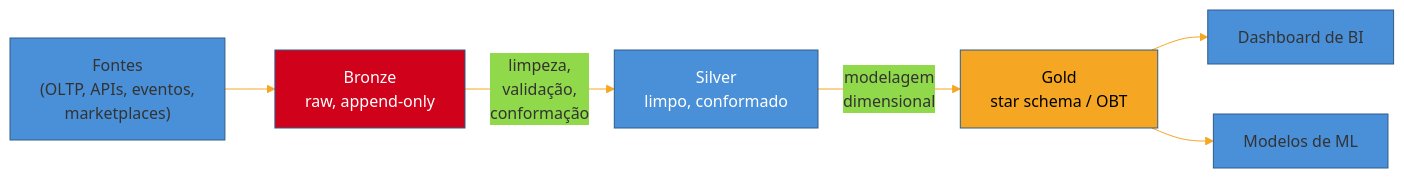
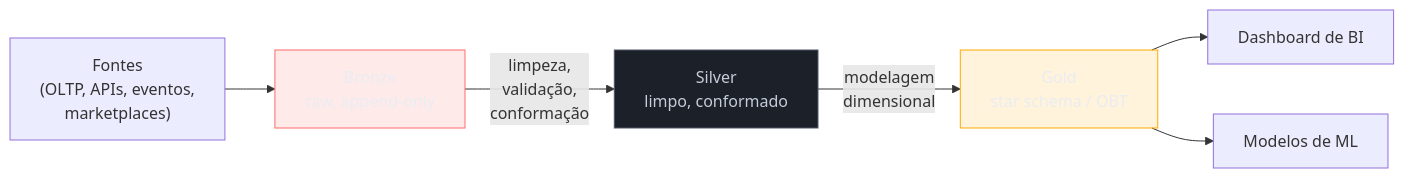
One commit to josenaldo/codex-technomanticus changed the second of 2 diagrams in 03-Dominios/Engenharia/Dados/2 - Modelagem para analytics/05 - Além de Kimball.md. Above: the diagram before and after it, drawn with Mermaid. The commit also changed other lines of this file and 1181 other files, not shown here.

First line of the commit message:
fix(diagramas): paleta do sistema no lugar de cor cravada no markdown

````diff
--- a/03-Dominios/Engenharia/Dados/2 - Modelagem para analytics/05 - Além de Kimball.md
+++ b/03-Dominios/Engenharia/Dados/2 - Modelagem para analytics/05 - Além de Kimball.md
@@ -167,13 +169,15 @@
 ```mermaid
-%%{init: {"theme": "base", "themeVariables": {"primaryColor": "#4A90D9", "primaryBorderColor": "#2E5C8A", "lineColor": "#F5A623"}}}%%
 graph LR
+    classDef falha fill:#FF6B6B24,stroke:#FF6B6B,color:#E9ECF2
+    classDef neutro fill:#1B2029,stroke:#4E5666,color:#C6CCD8
+    classDef destaque fill:#FFAA0024,stroke:#FFAA00,color:#E9ECF2
     F["Fontes<br/>(OLTP, APIs, eventos,<br/>marketplaces)"] --> B["Bronze<br/>raw, append-only"]
     B -->|"limpeza,<br/>validação,<br/>conformação"| S["Silver<br/>limpo, conformado"]
     S -->|"modelagem<br/>dimensional"| G["Gold<br/>star schema / OBT"]
     G --> BI["Dashboard de BI"]
     G --> ML["Modelos de ML"]
 
-    style B fill:#D0021B,color:#fff
-    style S fill:#4A90D9,color:#fff
-    style G fill:#F5A623,color:#000
+    class B falha
+    class S neutro
+    class G destaque
 ```
````
